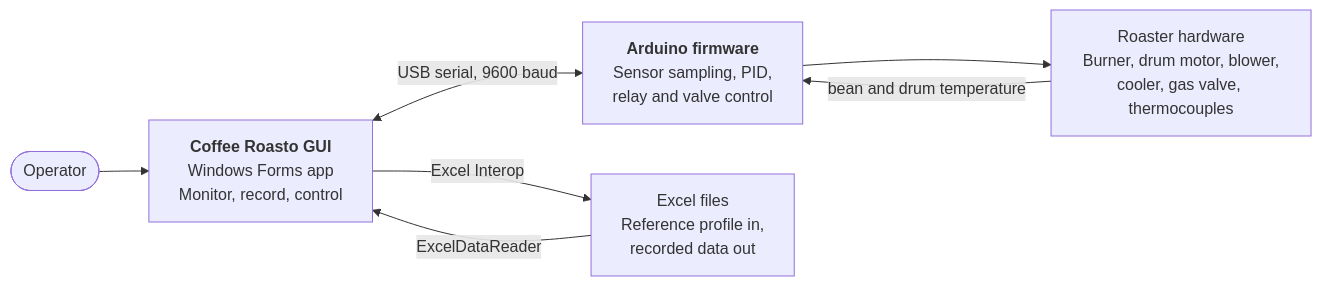
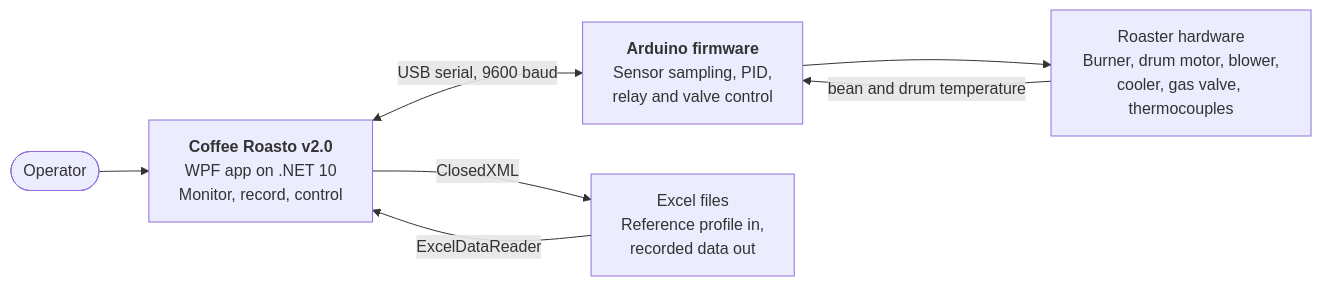
One commit to ridhwanhabib18/capstone-coffee-roasto changed the diagram in docs/en/diagrams/context.mmd. Above: the diagram before and after it, drawn with Mermaid. The commit also changed 107 other files, not shown here.

First line of the commit message:
feat: Coffee Roasto v2.0 on .NET 10 with a Fluent WPF app

```diff
--- a/docs/en/diagrams/context.mmd
+++ b/docs/en/diagrams/context.mmd
@@ -1,14 +1,14 @@
 flowchart LR
   operator([Operator])
 
-  gui["<b>Coffee Roasto GUI</b><br/>Windows Forms app<br/>Monitor, record, control"]
+  gui["<b>Coffee Roasto v2.0</b><br/>WPF app on .NET 10<br/>Monitor, record, control"]
   fw["<b>Arduino firmware</b><br/>Sensor sampling, PID,<br/>relay and valve control"]
   roaster["Roaster hardware<br/>Burner, drum motor, blower,<br/>cooler, gas valve, thermocouples"]
   excel["Excel files<br/>Reference profile in,<br/>recorded data out"]
 
   operator --> gui
   gui <-->|USB serial, 9600 baud| fw
   fw --> roaster
   roaster -->|bean and drum temperature| fw
   excel -->|ExcelDataReader| gui
-  gui -->|Excel Interop| excel
+  gui -->|ClosedXML| excel
```
